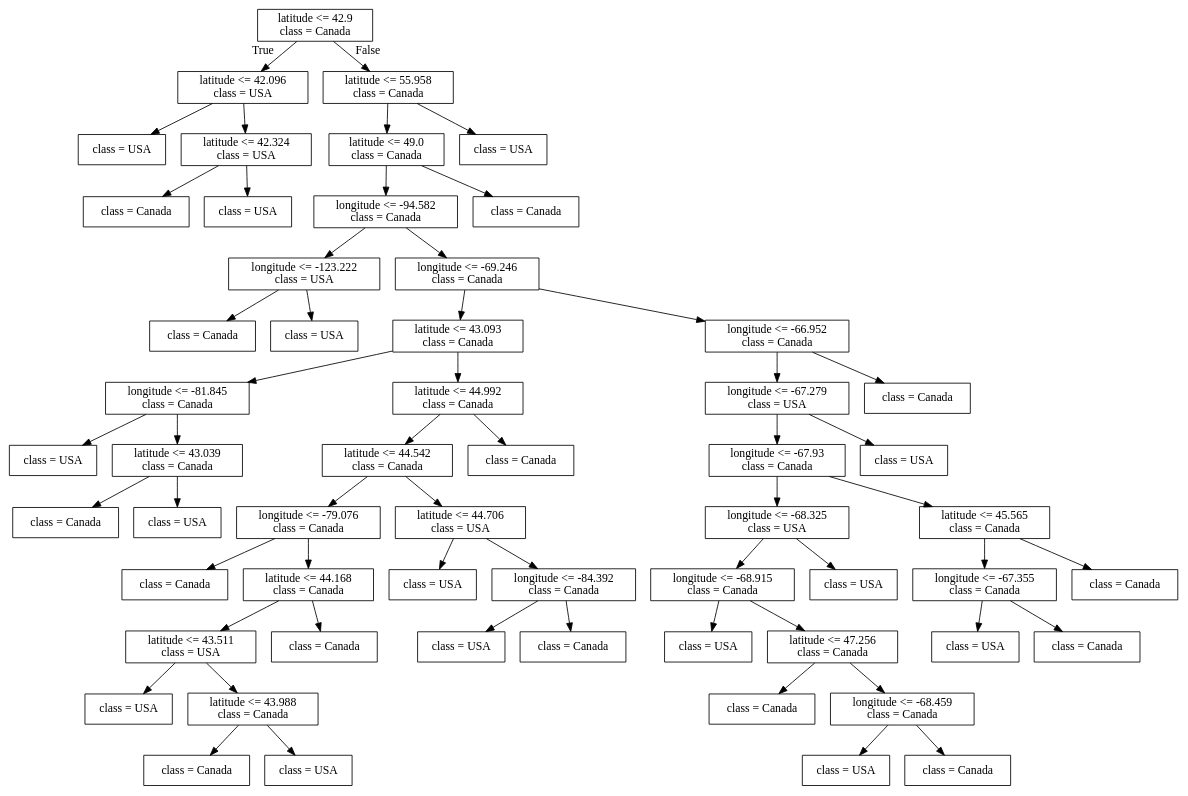
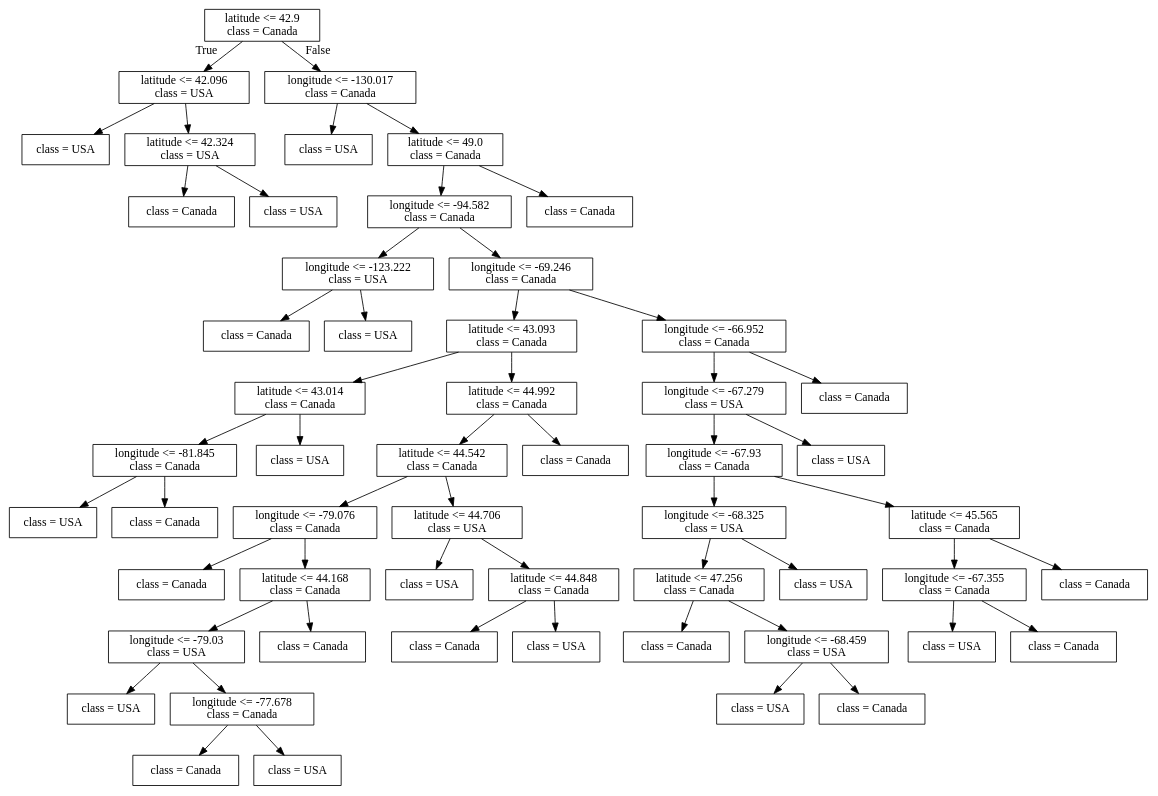
The diagram in lectures/Source.gv (bait509-ubc/BAIT509), drawn with Graphviz before and after one commit. The commit also changed 73 other files, not shown here.

```diff
--- a/lectures/Source.gv
+++ b/lectures/Source.gv
@@ -1,116 +1,112 @@
 digraph Tree {
 node [shape=box] ;
 0 [label="latitude <= 42.9\nclass = Canada"] ;
 1 [label="latitude <= 42.096\nclass = USA"] ;
 0 -> 1 [labeldistance=2.5, labelangle=45, headlabel="True"] ;
 2 [label="class = USA"] ;
 1 -> 2 ;
 3 [label="latitude <= 42.324\nclass = USA"] ;
 1 -> 3 ;
 4 [label="class = Canada"] ;
 3 -> 4 ;
 5 [label="class = USA"] ;
 3 -> 5 ;
-6 [label="latitude <= 55.958\nclass = Canada"] ;
+6 [label="longitude <= -130.017\nclass = Canada"] ;
 0 -> 6 [labeldistance=2.5, labelangle=-45, headlabel="False"] ;
-7 [label="latitude <= 49.0\nclass = Canada"] ;
+7 [label="class = USA"] ;
 6 -> 7 ;
-8 [label="longitude <= -94.582\nclass = Canada"] ;
-7 -> 8 ;
-9 [label="longitude <= -123.222\nclass = USA"] ;
+8 [label="latitude <= 49.0\nclass = Canada"] ;
+6 -> 8 ;
+9 [label="longitude <= -94.582\nclass = Canada"] ;
 8 -> 9 ;
-10 [label="class = Canada"] ;
+10 [label="longitude <= -123.222\nclass = USA"] ;
 9 -> 10 ;
-11 [label="class = USA"] ;
-9 -> 11 ;
-12 [label="longitude <= -69.246\nclass = Canada"] ;
-8 -> 12 ;
-13 [label="latitude <= 43.093\nclass = Canada"] ;
-12 -> 13 ;
-14 [label="longitude <= -81.845\nclass = Canada"] ;
+11 [label="class = Canada"] ;
+10 -> 11 ;
+12 [label="class = USA"] ;
+10 -> 12 ;
+13 [label="longitude <= -69.246\nclass = Canada"] ;
+9 -> 13 ;
+14 [label="latitude <= 43.093\nclass = Canada"] ;
 13 -> 14 ;
-15 [label="class = USA"] ;
+15 [label="latitude <= 43.014\nclass = Canada"] ;
 14 -> 15 ;
-16 [label="latitude <= 43.039\nclass = Canada"] ;
-14 -> 16 ;
-17 [label="class = Canada"] ;
+16 [label="longitude <= -81.845\nclass = Canada"] ;
+15 -> 16 ;
+17 [label="class = USA"] ;
 16 -> 17 ;
-18 [label="class = USA"] ;
+18 [label="class = Canada"] ;
 16 -> 18 ;
-19 [label="latitude <= 44.992\nclass = Canada"] ;
-13 -> 19 ;
-20 [label="latitude <= 44.542\nclass = Canada"] ;
-19 -> 20 ;
-21 [label="longitude <= -79.076\nclass = Canada"] ;
+19 [label="class = USA"] ;
+15 -> 19 ;
+20 [label="latitude <= 44.992\nclass = Canada"] ;
+14 -> 20 ;
+21 [label="latitude <= 44.542\nclass = Canada"] ;
 20 -> 21 ;
-22 [label="class = Canada"] ;
+22 [label="longitude <= -79.076\nclass = Canada"] ;
 21 -> 22 ;
-23 [label="latitude <= 44.168\nclass = Canada"] ;
-21 -> 23 ;
-24 [label="latitude <= 43.511\nclass = USA"] ;
-23 -> 24 ;
-25 [label="class = USA"] ;
+23 [label="class = Canada"] ;
+22 -> 23 ;
+24 [label="latitude <= 44.168\nclass = Canada"] ;
+22 -> 24 ;
+25 [label="longitude <= -79.03\nclass = USA"] ;
 24 -> 25 ;
-26 [label="latitude <= 43.988\nclass = Canada"] ;
-24 -> 26 ;
-27 [label="class = Canada"] ;
-26 -> 27 ;
-28 [label="class = USA"] ;
-26 -> 28 ;
-29 [label="class = Canada"] ;
-23 -> 29 ;
-30 [label="latitude <= 44.706\nclass = USA"] ;
-20 -> 30 ;
-31 [label="class = USA"] ;
-30 -> 31 ;
-32 [label="longitude <= -84.392\nclass = Canada"] ;
-30 -> 32 ;
-33 [label="class = USA"] ;
-32 -> 33 ;
+26 [label="class = USA"] ;
+25 -> 26 ;
+27 [label="longitude <= -77.678\nclass = Canada"] ;
+25 -> 27 ;
+28 [label="class = Canada"] ;
+27 -> 28 ;
+29 [label="class = USA"] ;
+27 -> 29 ;
+30 [label="class = Canada"] ;
+24 -> 30 ;
+31 [label="latitude <= 44.706\nclass = USA"] ;
+21 -> 31 ;
+32 [label="class = USA"] ;
+31 -> 32 ;
+33 [label="latitude <= 44.848\nclass = Canada"] ;
+31 -> 33 ;
 34 [label="class = Canada"] ;
-32 -> 34 ;
-35 [label="class = Canada"] ;
-19 -> 35 ;
-36 [label="longitude <= -66.952\nclass = Canada"] ;
-12 -> 36 ;
-37 [label="longitude <= -67.279\nclass = USA"] ;
-36 -> 37 ;
-38 [label="longitude <= -67.93\nclass = Canada"] ;
+33 -> 34 ;
+35 [label="class = USA"] ;
+33 -> 35 ;
+36 [label="class = Canada"] ;
+20 -> 36 ;
+37 [label="longitude <= -66.952\nclass = Canada"] ;
+13 -> 37 ;
+38 [label="longitude <= -67.279\nclass = USA"] ;
 37 -> 38 ;
-39 [label="longitude <= -68.325\nclass = USA"] ;
+39 [label="longitude <= -67.93\nclass = Canada"] ;
 38 -> 39 ;
-40 [label="longitude <= -68.915\nclass = Canada"] ;
+40 [label="longitude <= -68.325\nclass = USA"] ;
 39 -> 40 ;
-41 [label="class = USA"] ;
+41 [label="latitude <= 47.256\nclass = Canada"] ;
 40 -> 41 ;
-42 [label="latitude <= 47.256\nclass = Canada"] ;
-40 -> 42 ;
-43 [label="class = Canada"] ;
-42 -> 43 ;
-44 [label="longitude <= -68.459\nclass = Canada"] ;
-42 -> 44 ;
-45 [label="class = USA"] ;
-44 -> 45 ;
-46 [label="class = Canada"] ;
-44 -> 46 ;
-47 [label="class = USA"] ;
+42 [label="class = Canada"] ;
+41 -> 42 ;
+43 [label="longitude <= -68.459\nclass = USA"] ;
+41 -> 43 ;
+44 [label="class = USA"] ;
+43 -> 44 ;
+45 [label="class = Canada"] ;
+43 -> 45 ;
+46 [label="class = USA"] ;
+40 -> 46 ;
+47 [label="latitude <= 45.565\nclass = Canada"] ;
 39 -> 47 ;
-48 [label="latitude <= 45.565\nclass = Canada"] ;
-38 -> 48 ;
-49 [label="longitude <= -67.355\nclass = Canada"] ;
+48 [label="longitude <= -67.355\nclass = Canada"] ;
+47 -> 48 ;
+49 [label="class = USA"] ;
 48 -> 49 ;
-50 [label="class = USA"] ;
-49 -> 50 ;
+50 [label="class = Canada"] ;
+48 -> 50 ;
 51 [label="class = Canada"] ;
-49 -> 51 ;
-52 [label="class = Canada"] ;
-48 -> 52 ;
-53 [label="class = USA"] ;
+47 -> 51 ;
+52 [label="class = USA"] ;
+38 -> 52 ;
+53 [label="class = Canada"] ;
 37 -> 53 ;
 54 [label="class = Canada"] ;
-36 -> 54 ;
-55 [label="class = Canada"] ;
-7 -> 55 ;
-56 [label="class = USA"] ;
-6 -> 56 ;
+8 -> 54 ;
 }
```
